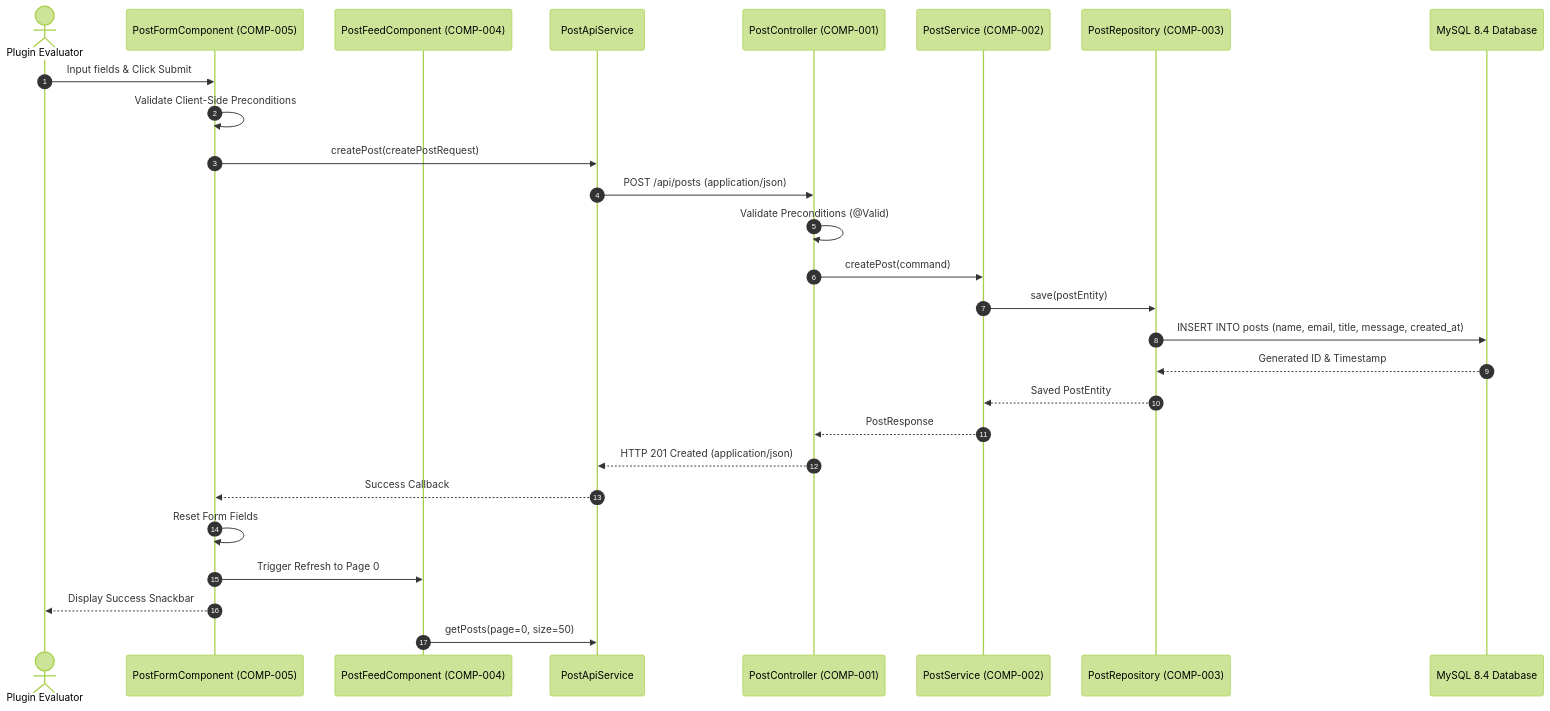
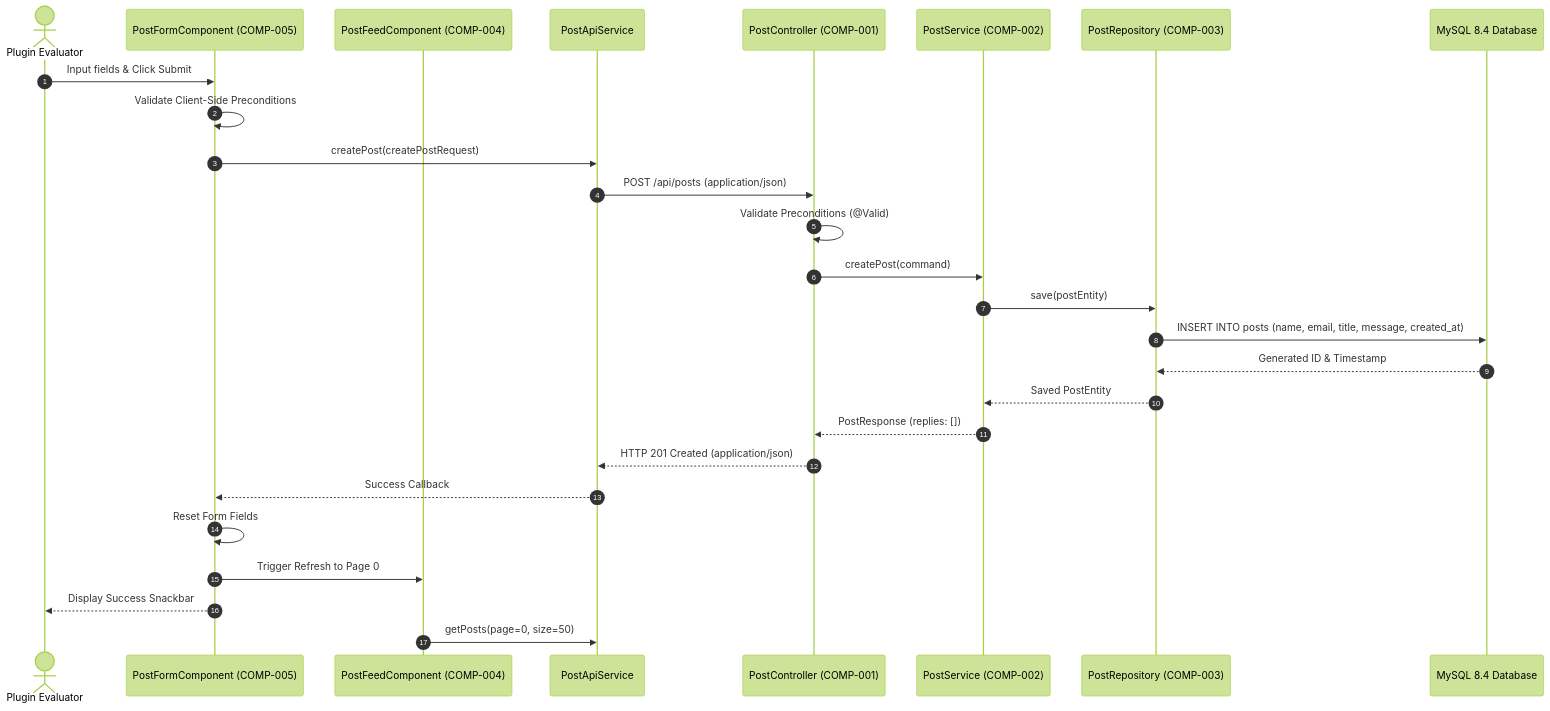
Before and after one commit to green-tea-stalk/swe-workflow-playground: the third of 4 diagrams in docs/specs/bulletin-board/design.md, drawn with Mermaid (forest theme). The commit also changed other lines of this file and 5 other files, not shown here.

````diff
--- a/docs/specs/bulletin-board/design.md
+++ b/docs/specs/bulletin-board/design.md
@@ -83,30 +96,30 @@
 ```mermaid
 sequenceDiagram
     autonumber
     actor User as Plugin Evaluator
     participant Form as PostFormComponent (COMP-005)
     participant Feed as PostFeedComponent (COMP-004)
     participant Client as PostApiService
     participant Controller as PostController (COMP-001)
     participant Service as PostService (COMP-002)
-    participant Repo as PostRepository (COMP-003)
+    participant PostRepo as PostRepository (COMP-003)
     participant DB as MySQL 8.4 Database
 
     User->>Form: Input fields & Click Submit
     Form->>Form: Validate Client-Side Preconditions
     Form->>Client: createPost(createPostRequest)
     Client->>Controller: POST /api/posts (application/json)
     Controller->>Controller: Validate Preconditions (@Valid)
     Controller->>Service: createPost(command)
-    Service->>Repo: save(postEntity)
-    Repo->>DB: INSERT INTO posts (name, email, title, message, created_at)
-    DB-->>Repo: Generated ID & Timestamp
-    Repo-->>Service: Saved PostEntity
-    Service-->>Controller: PostResponse
+    Service->>PostRepo: save(postEntity)
+    PostRepo->>DB: INSERT INTO posts (name, email, title, message, created_at)
+    DB-->>PostRepo: Generated ID & Timestamp
+    PostRepo-->>Service: Saved PostEntity
+    Service-->>Controller: PostResponse (replies: [])
     Controller-->>Client: HTTP 201 Created (application/json)
     Client-->>Form: Success Callback
     Form->>Form: Reset Form Fields
     Form->>Feed: Trigger Refresh to Page 0
     Form-->>User: Display Success Snackbar
     Feed->>Client: getPosts(page=0, size=50)
 ```
````
